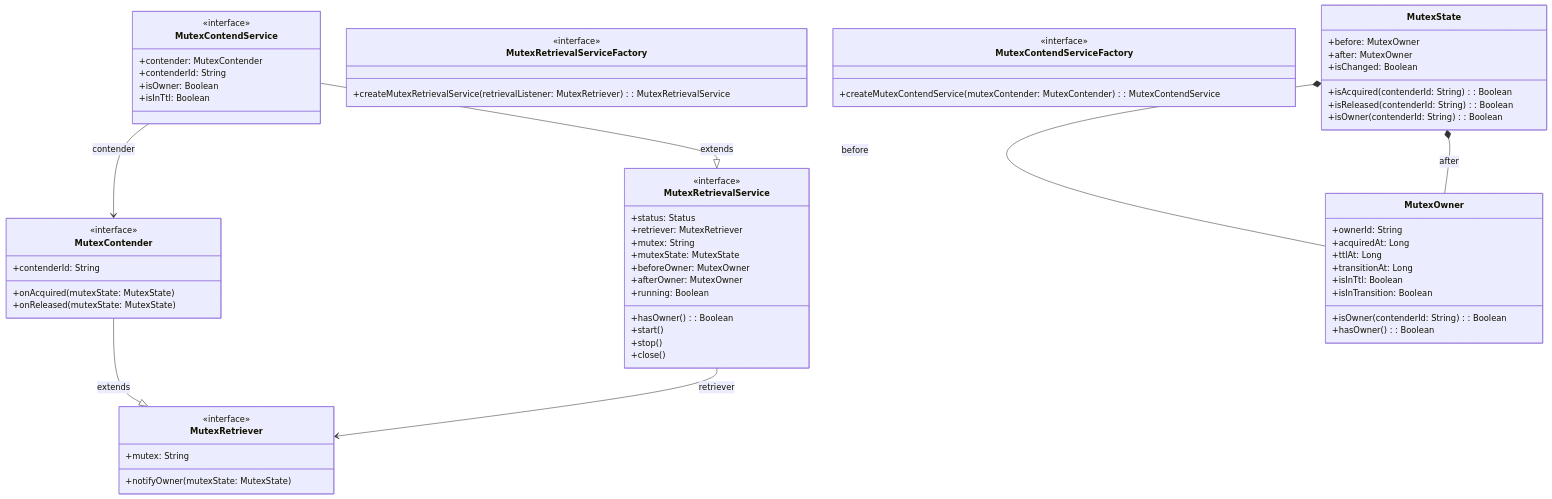
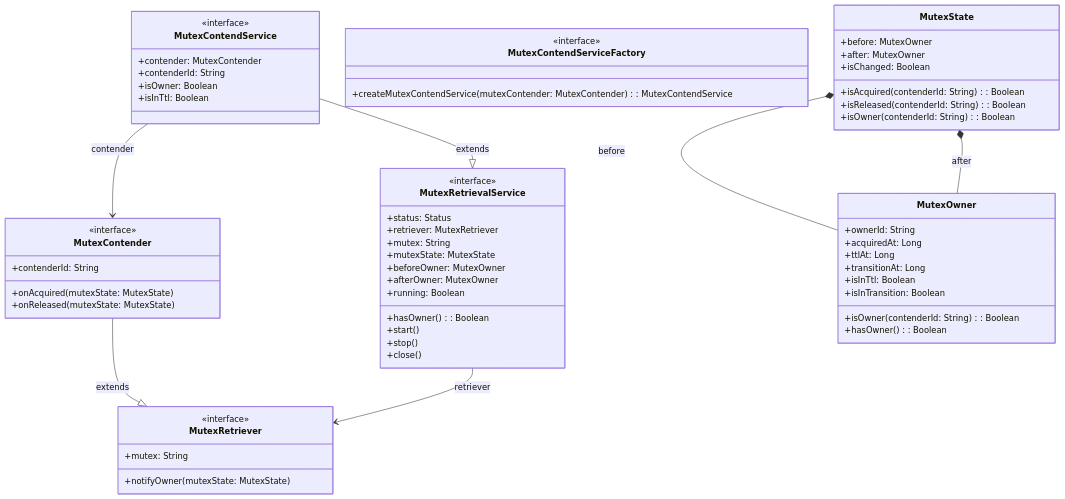
Before and after one commit to Ahoo-Wang/Simba: the first of 4 diagrams in wiki/api/core-interfaces.md, drawn with Mermaid. The commit also changed other lines of this file and 35 other files, not shown here.

````diff
--- a/wiki/api/core-interfaces.md
+++ b/wiki/api/core-interfaces.md
@@ -12,68 +12,64 @@
 ```mermaid
 classDiagram
     class MutexRetriever {
         <<interface>>
         +mutex: String
         +notifyOwner(mutexState: MutexState)
     }
     class MutexContender {
         <<interface>>
         +contenderId: String
         +onAcquired(mutexState: MutexState)
         +onReleased(mutexState: MutexState)
     }
     class MutexRetrievalService {
         <<interface>>
         +status: Status
         +retriever: MutexRetriever
         +mutex: String
         +mutexState: MutexState
         +beforeOwner: MutexOwner
         +afterOwner: MutexOwner
         +hasOwner(): Boolean
         +running: Boolean
         +start()
         +stop()
         +close()
     }
     class MutexContendService {
         <<interface>>
         +contender: MutexContender
         +contenderId: String
         +isOwner: Boolean
         +isInTtl: Boolean
     }
-    class MutexRetrievalServiceFactory {
-        <<interface>>
-        +createMutexRetrievalService(retrievalListener: MutexRetriever): MutexRetrievalService
-    }
     class MutexContendServiceFactory {
         <<interface>>
         +createMutexContendService(mutexContender: MutexContender): MutexContendService
     }
     class MutexOwner {
         +ownerId: String
         +acquiredAt: Long
         +ttlAt: Long
         +transitionAt: Long
         +isOwner(contenderId: String): Boolean
         +isInTtl: Boolean
         +isInTransition: Boolean
         +hasOwner(): Boolean
     }
     class MutexState {
         +before: MutexOwner
         +after: MutexOwner
         +isChanged: Boolean
         +isAcquired(contenderId: String): Boolean
         +isReleased(contenderId: String): Boolean
         +isOwner(contenderId: String): Boolean
     }
 
     MutexContender --|> MutexRetriever : extends
     MutexContendService --|> MutexRetrievalService : extends
     MutexState *-- MutexOwner : before
     MutexState *-- MutexOwner : after
     MutexRetrievalService --> MutexRetriever : retriever
     MutexContendService --> MutexContender : contender
 ```
````
